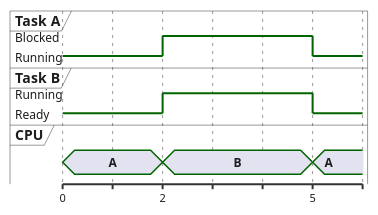
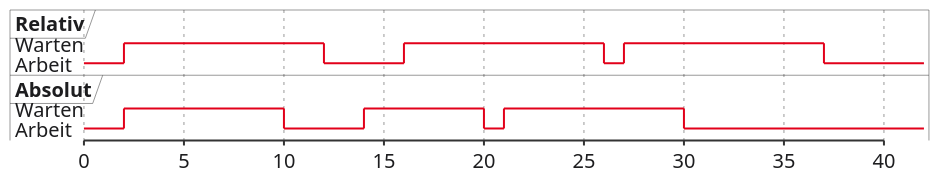
The sixth of 8 diagrams in vorlesungen/03_einfuehrung-rtos.qmd (dantschi/echtzeitsysteme), drawn with PlantUML before and after one commit. The commit also changed other lines of this file and 4 other files, not shown here.

````diff
--- a/vorlesungen/03_einfuehrung-rtos.qmd
+++ b/vorlesungen/03_einfuehrung-rtos.qmd
@@ -483,29 +720,61 @@
 ```{.plantuml}
 @startuml
 skinparam backgroundColor transparent
 skinparam defaultFontName "Inter, sans-serif"
 skinparam defaultFontColor #1D1D1F
 skinparam ArrowColor #86868B
+skinparam NoteBackgroundColor #F5F5F7
+skinparam NoteBorderColor #E5E5EA
+skinparam defaultFontSize 20
+<style>
+timingDiagram {
+  FontName SansSerif
+  robust {
+    LineColor #E2001A
+    BackgroundColor #FFFFFF
+    FontColor #1D1D1F
+  }
+  concise {
+    LineColor #86868B
+    BackgroundColor #FFFFFF
+    FontColor #1D1D1F
+  }
+}
+</style>
 skinparam timing {
   BackgroundColor #FFFFFF
   BorderColor #E5E5EA
   LineColor #1D1D1F
   SignalColor #E2001A
 }
-robust "Task A" as A
-robust "Task B" as B
-concise "CPU" as CPU
+scale 5 as 100 pixels
+robust "Relativ" as R
+robust "Absolut" as A
 @0
-A is Running
-B is Ready
-CPU is A
+R is Arbeit
+A is Arbeit
 @2
-A is Blocked
-B is Running
-CPU is B
-@5
-A is Running
-B is Ready
-CPU is A
+R is Warten
+A is Warten
+@10
+A is Arbeit
+@12
+R is Arbeit
+@14
+A is Warten
+@16
+R is Warten
+@20
+A is Arbeit
+@21
+A is Warten
+@26
+R is Arbeit
+@27
+R is Warten
+@30
+A is Arbeit
+@37
+R is Arbeit
 @enduml
 ```
````
